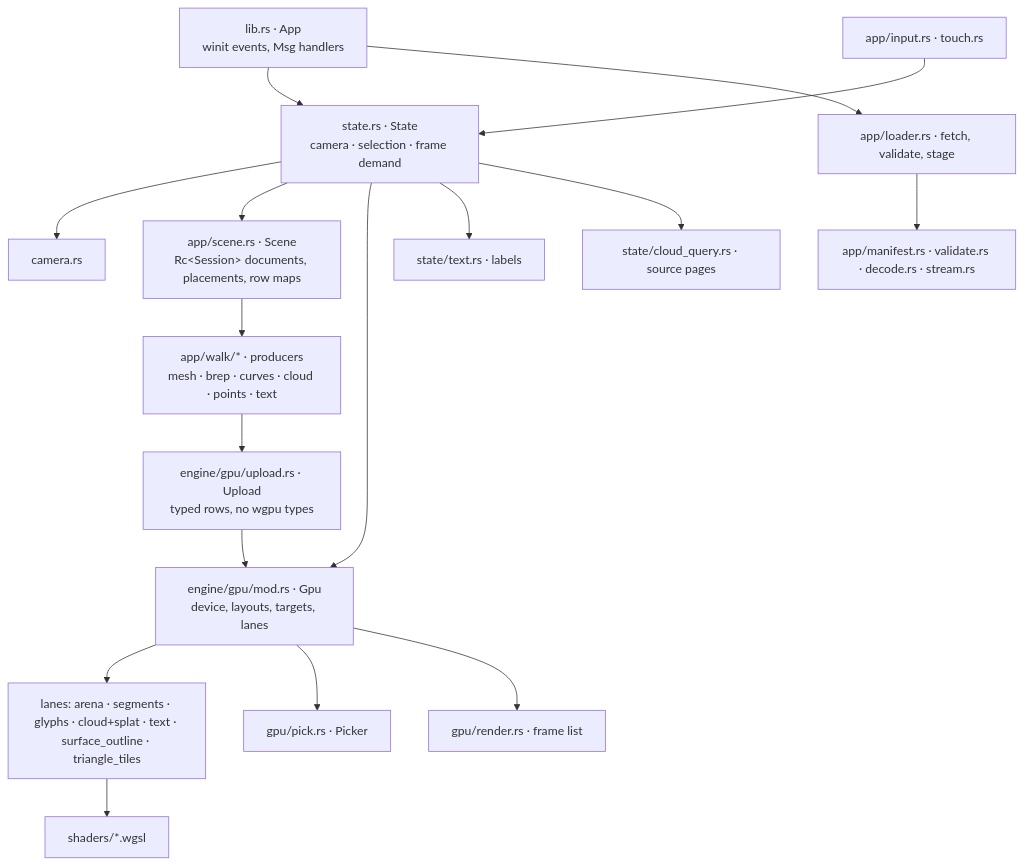
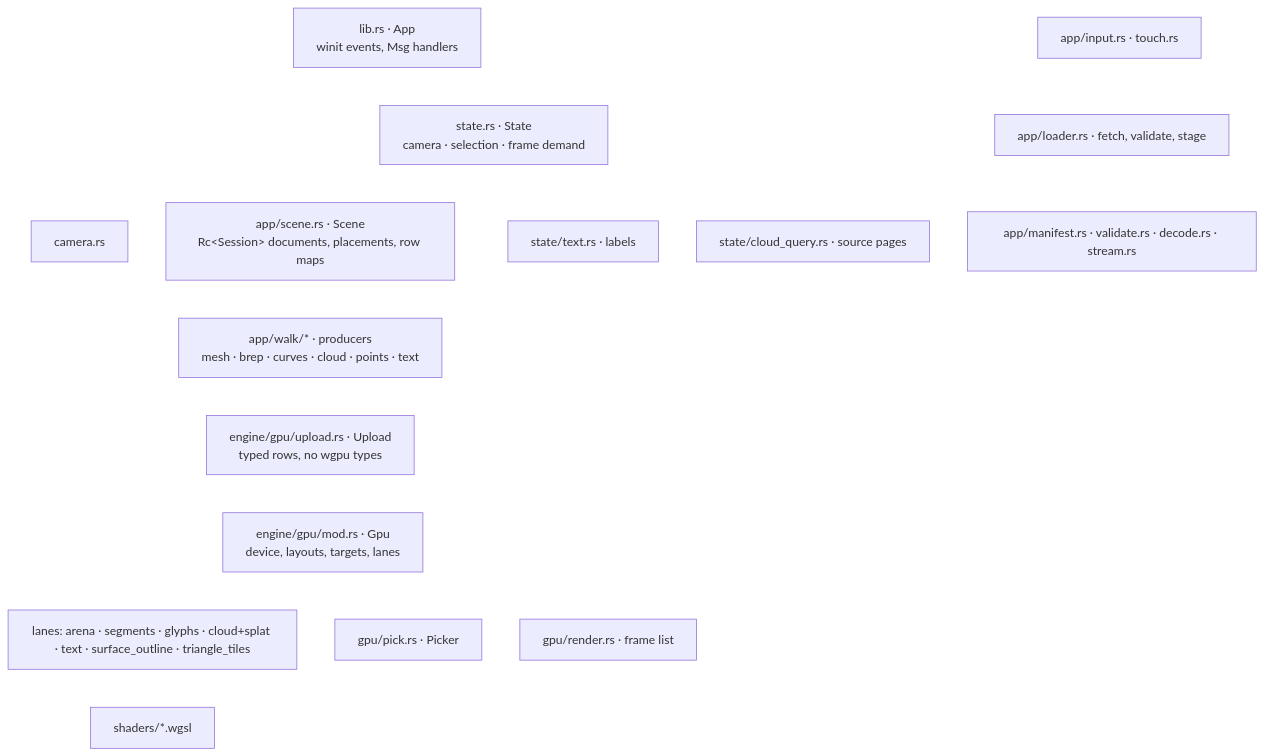
One commit to petrasvestartas/session changed the first of 2 diagrams in session_viewer/ARCHITECTURE.md. Above: the diagram before and after it, drawn with Mermaid. The commit also changed other lines of this file and 6664 other files, not shown here.

````diff
--- a/session_viewer/ARCHITECTURE.md
+++ b/session_viewer/ARCHITECTURE.md
@@ -7,19 +7,20 @@
 ```mermaid
+%%{init: {"flowchart": {"useMaxWidth": false, "wrappingWidth": 320}, "themeVariables": {"primaryColor": "#ffffff", "primaryTextColor": "#111111", "primaryBorderColor": "#111111", "lineColor": "#ffffff", "secondaryColor": "#ffffff", "tertiaryColor": "#ffffff", "edgeLabelBackground": "#111111"}}}%%
 graph TD
     lib["lib.rs · App<br/>winit events, Msg handlers"] --> state["state.rs · State<br/>camera · selection · frame demand"]
     state --> camera["camera.rs"]
     state --> scene["app/scene.rs · Scene<br/>Rc&lt;Session&gt; documents, placements, row maps"]
     state --> gpu["engine/gpu/mod.rs · Gpu<br/>device, layouts, targets, lanes"]
     state --> text_state["state/text.rs · labels"]
     state --> cq["state/cloud_query.rs · source pages"]
     lib --> loader["app/loader.rs · fetch, validate, stage"]
     loader --> manifest["app/manifest.rs · validate.rs · decode.rs · stream.rs"]
     scene --> walk["app/walk/* · producers<br/>mesh · brep · curves · cloud · points · text"]
     walk --> upload["engine/gpu/upload.rs · Upload<br/>typed rows, no wgpu types"]
     upload --> gpu
     gpu --> lanes["lanes: arena · segments · glyphs · cloud+splat · text · surface_outline · triangle_tiles"]
     gpu --> pick["gpu/pick.rs · Picker"]
     gpu --> render["gpu/render.rs · frame list"]
     lanes --> shaders["shaders/*.wgsl"]
     input["app/input.rs · touch.rs"] --> state
 ```
````
